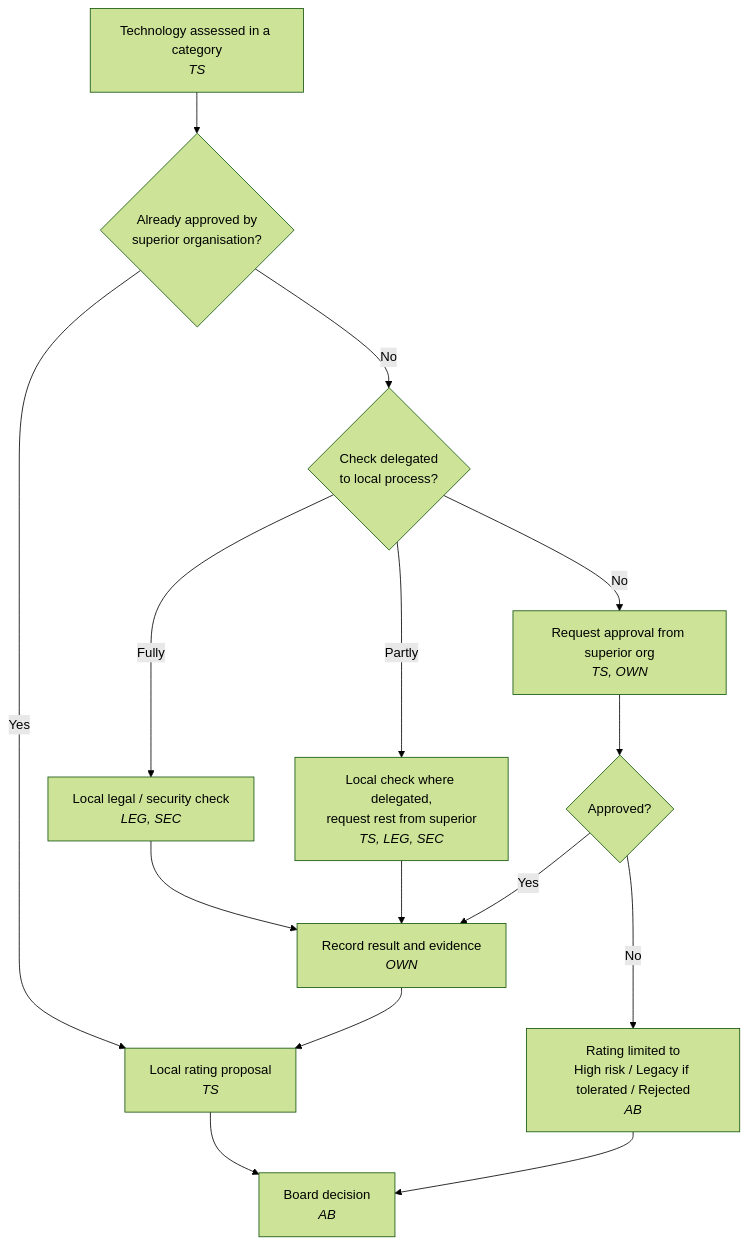
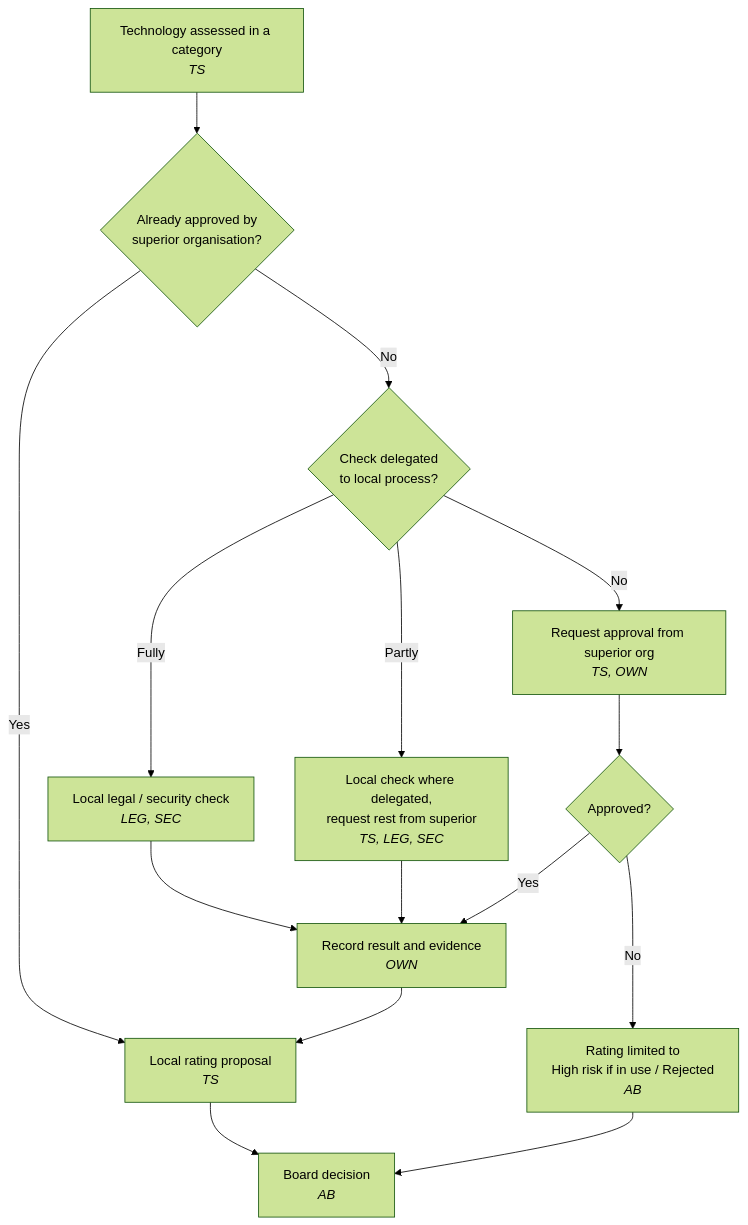
Before and after one commit to Kikkirej/framework: the eighth of 8 diagrams in docs/Architecture/technology-harmonization.md, drawn with Mermaid (forest theme). The commit also changed other lines of this file, not shown here.

````diff
--- a/docs/Architecture/technology-harmonization.md
+++ b/docs/Architecture/technology-harmonization.md
@@ -521,17 +520,17 @@
 ```mermaid
 flowchart TD
     A[Technology assessed in a category<br/><i>TS</i>] --> B{Already approved by<br/>superior organisation?}
     B -->|Yes| G[Local rating proposal<br/><i>TS</i>]
     B -->|No| C{Check delegated<br/>to local process?}
     C -->|Fully| D[Local legal / security check<br/><i>LEG, SEC</i>]
     C -->|Partly| E[Local check where delegated,<br/>request rest from superior<br/><i>TS, LEG, SEC</i>]
     C -->|No| F[Request approval from superior org<br/><i>TS, OWN</i>]
     D --> H[Record result and evidence<br/><i>OWN</i>]
     E --> H
     F --> I{Approved?}
     I -->|Yes| H
-    I -->|No| J[Rating limited to<br/>High risk / Legacy if tolerated / Rejected<br/><i>AB</i>]
+    I -->|No| J[Rating limited to<br/>High risk if in use / Rejected<br/><i>AB</i>]
     H --> G
     G --> K[Board decision<br/><i>AB</i>]
     J --> K
 ```
````
